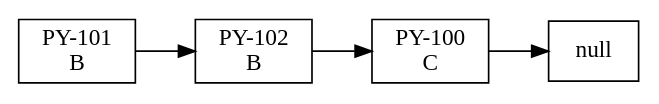
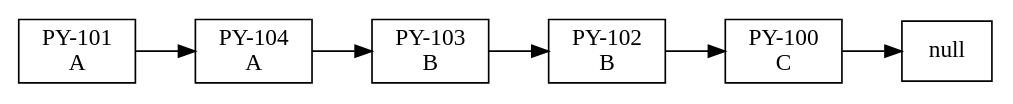
One commit to Sheila-Amaya/EDD_2S2023_PY_202000558 changed the diagram in EDD_PY1_Fase1/Reportes/Cola.dot. Above: the diagram before and after it, drawn with Graphviz. The commit also changed 12 other files, not shown here.

```diff
--- a/EDD_PY1_Fase1/Reportes/Cola.dot
+++ b/EDD_PY1_Fase1/Reportes/Cola.dot
@@ -1,11 +1,15 @@
 digraph cola {
  rankdir=LR;
  node[shape = record]; 
-nodo0[label="{PY-101 \n B}"]; 
-nodo1[label="{PY-102 \n B}"]; 
-nodo2[label="{PY-100 \n C}"]; 
+nodo0[label="{PY-101 \n A}"]; 
+nodo1[label="{PY-104 \n A}"]; 
+nodo2[label="{PY-103 \n B}"]; 
+nodo3[label="{PY-102 \n B}"]; 
+nodo4[label="{PY-100 \n C}"]; 
 nodo0 -> nodo1
 nodo1 -> nodo2
+nodo2 -> nodo3
+nodo3 -> nodo4
 
-nodo2 -> null 
+nodo4 -> null 
 }
```
